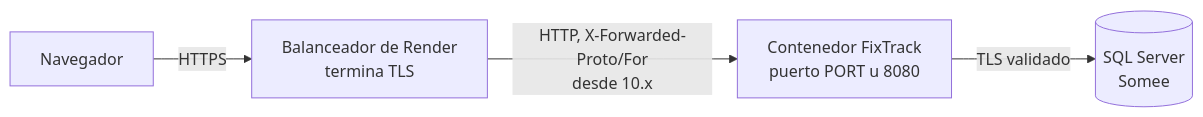
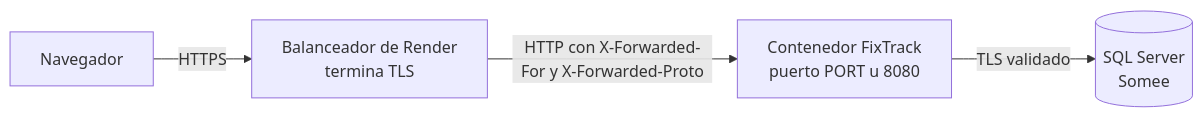
The third of 3 diagrams in docs/arquitectura.md (JJMonzon072/fixtrack), drawn with Mermaid before and after one commit. The commit also changed other lines of this file, not shown here.

````diff
--- a/docs/arquitectura.md
+++ b/docs/arquitectura.md
@@ -152,6 +205,6 @@
 ```mermaid
 flowchart LR
     N[Navegador] -- HTTPS --> P[Balanceador de Render<br/>termina TLS]
-    P -- HTTP, X-Forwarded-Proto/For<br/>desde 10.x --> A[Contenedor FixTrack<br/>puerto PORT u 8080]
+    P -- HTTP con X-Forwarded-For y X-Forwarded-Proto --> A[Contenedor FixTrack<br/>puerto PORT u 8080]
     A -- TLS validado --> DB[(SQL Server<br/>Somee)]
 ```
````
